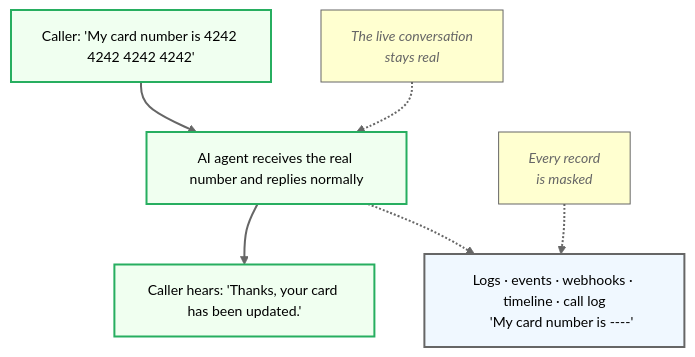
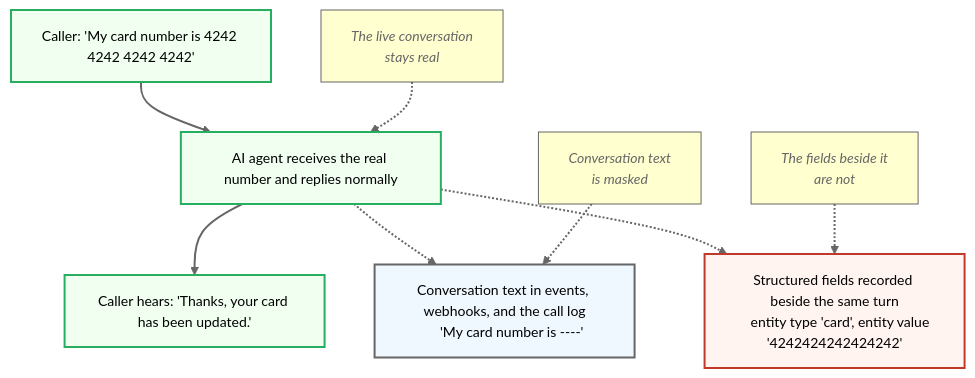
One commit to signalwire/docs changed the diagram in fern/products/platform/pages/ai/guides/content-redaction/index.mdx. Above: the diagram before and after it, drawn with Mermaid. The commit also changed other lines of this file and 3 other files, not shown here.

````diff
--- a/fern/products/platform/pages/ai/guides/content-redaction/index.mdx
+++ b/fern/products/platform/pages/ai/guides/content-redaction/index.mdx
@@ -368,37 +368,44 @@
 ```mermaid
 %%{init: {
     'theme': 'mc',
     'themeVariables': {
         'fontFamily': 'Inter',
         'fontSize': '14px',
         'nodeBorder': '2px',
         'nodeTextColor': '#000000'
     },
     'flowchart': {
         'wrappingWidth': 200
     }
 }}%%
 flowchart TD
     classDef live fill:#f0fff0,stroke:#27ae60,stroke-width:2px,color:#000000,fontFamily:Inter
     classDef masked fill:#f0f8ff,stroke:#666,stroke-width:2px,color:#000000,fontFamily:Inter
+    classDef unmasked fill:#fff4f0,stroke:#c0392b,stroke-width:2px,color:#000000,fontFamily:Inter
     classDef note fill:#ffffd0,stroke:#666,stroke-width:1px,color:#666,font-style:italic,fontFamily:Inter
 
     C["Caller: 'My card number is 4242 4242 4242 4242'"]:::live
     A["AI agent receives the real number and replies normally"]:::live
     T["Caller hears: 'Thanks, your card has been updated.'"]:::live
-    R["Logs · events · webhooks · timeline · call log
+    R["Conversation text in events, webhooks, and the call log
     'My card number is ----'"]:::masked
+    M["Structured fields recorded beside the same turn
+    entity type 'card', entity value '4242424242424242'"]:::unmasked
 
     C --> A
     A --> T
     A -.-> R
+    A -.-> M
 
     N1["The live conversation
     stays real"]:::note
-    N2["Every record
+    N2["Conversation text
     is masked"]:::note
+    N3["The fields beside it
+    are not"]:::note
     N1 -.-> A
     N2 -.-> R
+    N3 -.-> M
 
     linkStyle default stroke:#666666,stroke-width:2px,color:#666666
 ```
````
